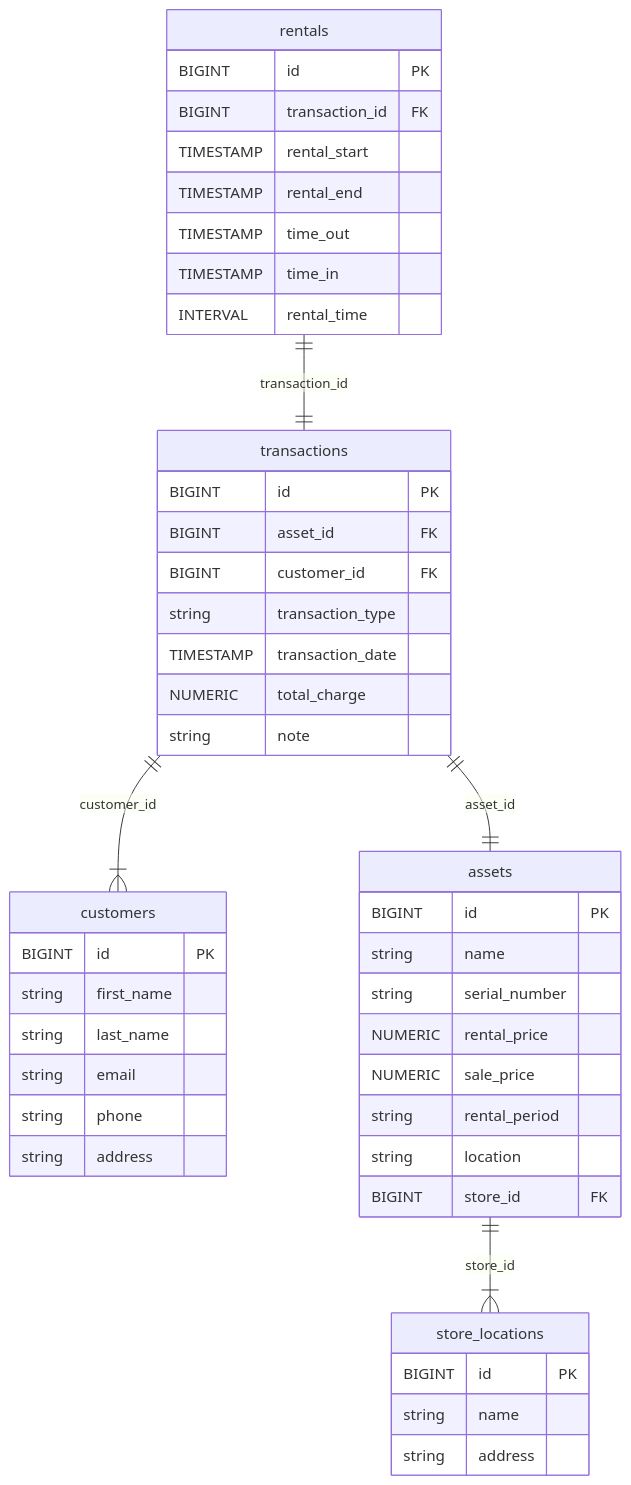
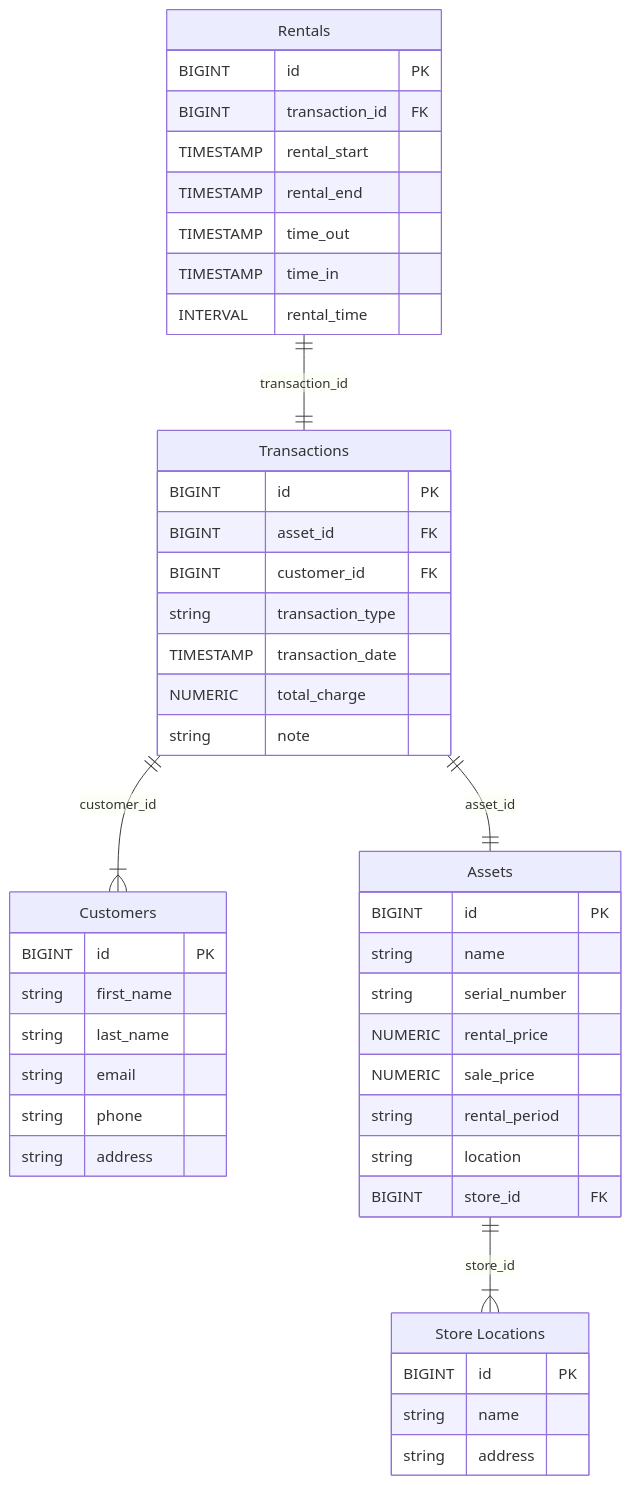
One commit to mathesar-foundation/mathesar-data-playground changed the diagram in hardware_store/README.md. Above: the diagram before and after it, drawn with Mermaid. The commit also changed 3 other files, not shown here.

````diff
--- a/hardware_store/README.md
+++ b/hardware_store/README.md
@@ -5,60 +5,57 @@
 ```mermaid
 %% https://mermaid.js.org/syntax/entityRelationshipDiagram.html
 
 erDiagram
-%% https://mermaid.js.org/syntax/entityRelationshipDiagram.html
-
-    store_locations {
+    "Store Locations" {
         BIGINT id PK
         string name
         string address
     }
 
-    customers {
+    "Customers" {
         BIGINT id PK
         string first_name
         string last_name
         string email
         string phone
         string address
     }
 
-    assets {
+    "Assets" {
         BIGINT id PK
         string name
         string serial_number
         NUMERIC rental_price
         NUMERIC sale_price
         string rental_period
         string location
         BIGINT store_id FK
     }
 
-    transactions {
+    "Transactions" {
         BIGINT id PK
         BIGINT asset_id FK
         BIGINT customer_id FK
         string transaction_type
         TIMESTAMP transaction_date
         NUMERIC total_charge
         string note
     }
 
-    rentals {
+    "Rentals" {
         BIGINT id PK
         BIGINT transaction_id FK
         TIMESTAMP rental_start
         TIMESTAMP rental_end
         TIMESTAMP time_out
         TIMESTAMP time_in
         INTERVAL rental_time
     }
 
 %% Relationships
 %%  See: https://mermaid.js.org/syntax/entityRelationshipDiagram.html#relationship-syntax
-    assets ||--|{ store_locations : "store_id"
-    transactions ||--|| assets : "asset_id"
-    transactions ||--|{ customers : "customer_id"
-    rentals ||--|| transactions : "transaction_id"
-
+    "Assets" ||--|{ "Store Locations" : "store_id"
+    "Transactions" ||--|| "Assets" : "asset_id"
+    "Transactions" ||--|{ "Customers" : "customer_id"
+    "Rentals" ||--|| "Transactions" : "transaction_id"
 ```
````
